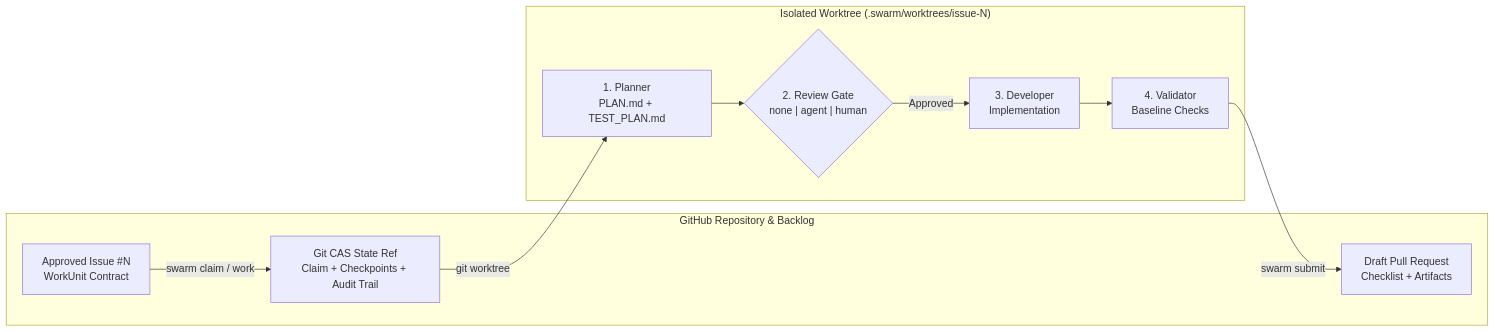
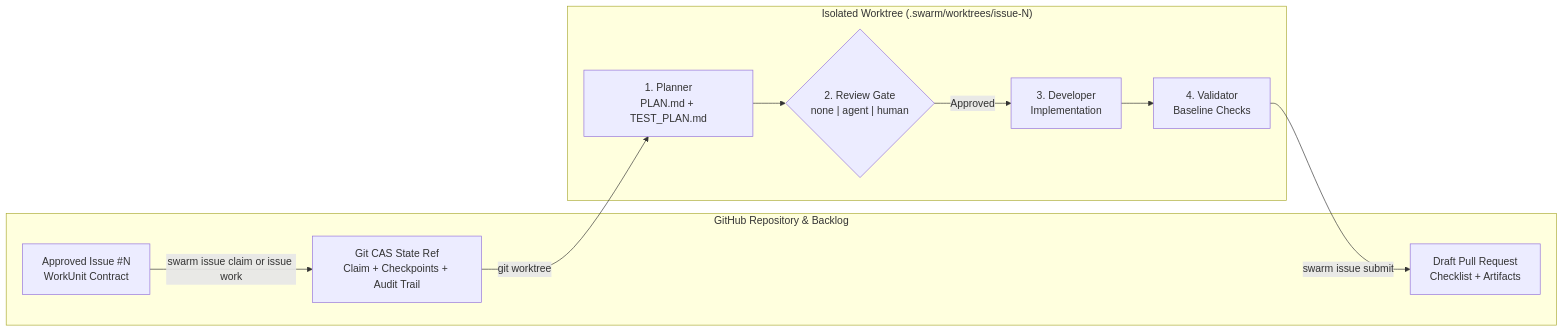
The diagram in README.md (supernovae/SwarmOS), drawn with Mermaid before and after one commit. The commit also changed other lines of this file and 65 other files, not shown here.

````diff
--- a/README.md
+++ b/README.md
@@ -50,21 +50,21 @@
 ```mermaid
 flowchart LR
     subgraph GitHub["GitHub Repository & Backlog"]
         Issue["Approved Issue #N<br/>WorkUnit Contract"]
         State["Git CAS State Ref<br/>Claim + Checkpoints + Audit Trail"]
         PR["Draft Pull Request<br/>Checklist + Artifacts"]
     end
 
     subgraph Worktree["Isolated Worktree (.swarm/worktrees/issue-N)"]
         Plan["1. Planner<br/>PLAN.md + TEST_PLAN.md"]
         Gate{"2. Review Gate<br/>none | agent | human"}
         Impl["3. Developer<br/>Implementation"]
         Val["4. Validator<br/>Baseline Checks"]
     end
 
-    Issue -->|swarm claim / work| State
+    Issue -->|swarm issue claim or issue work| State
     State -->|git worktree| Plan
     Plan --> Gate
     Gate -->|Approved| Impl --> Val
-    Val -->|swarm submit| PR
+    Val -->|swarm issue submit| PR
 ```
````
